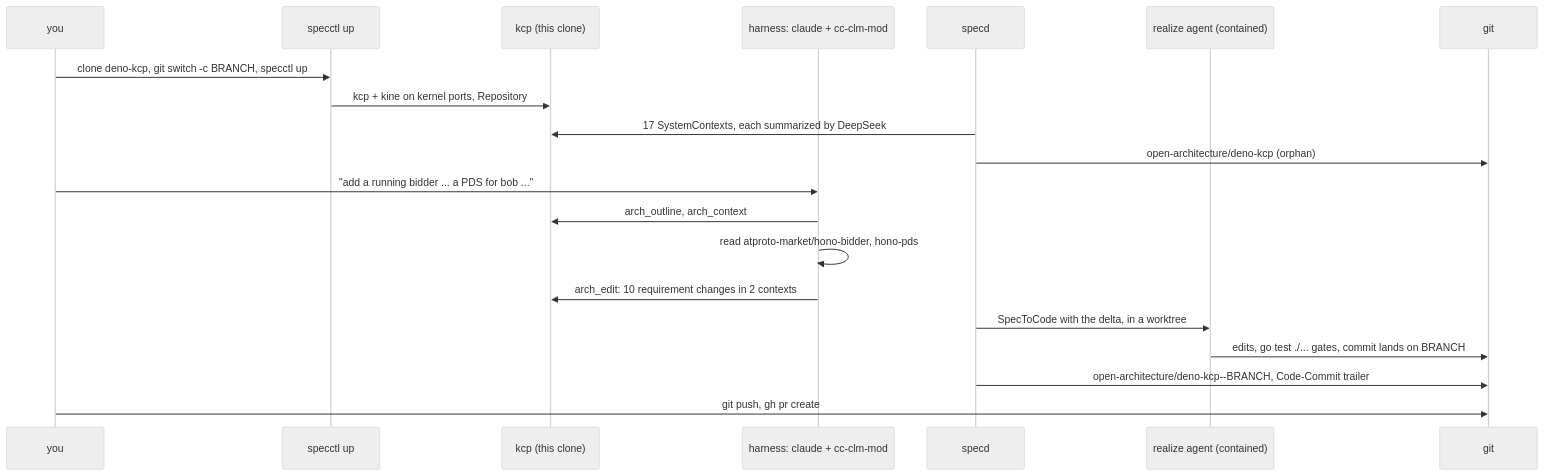
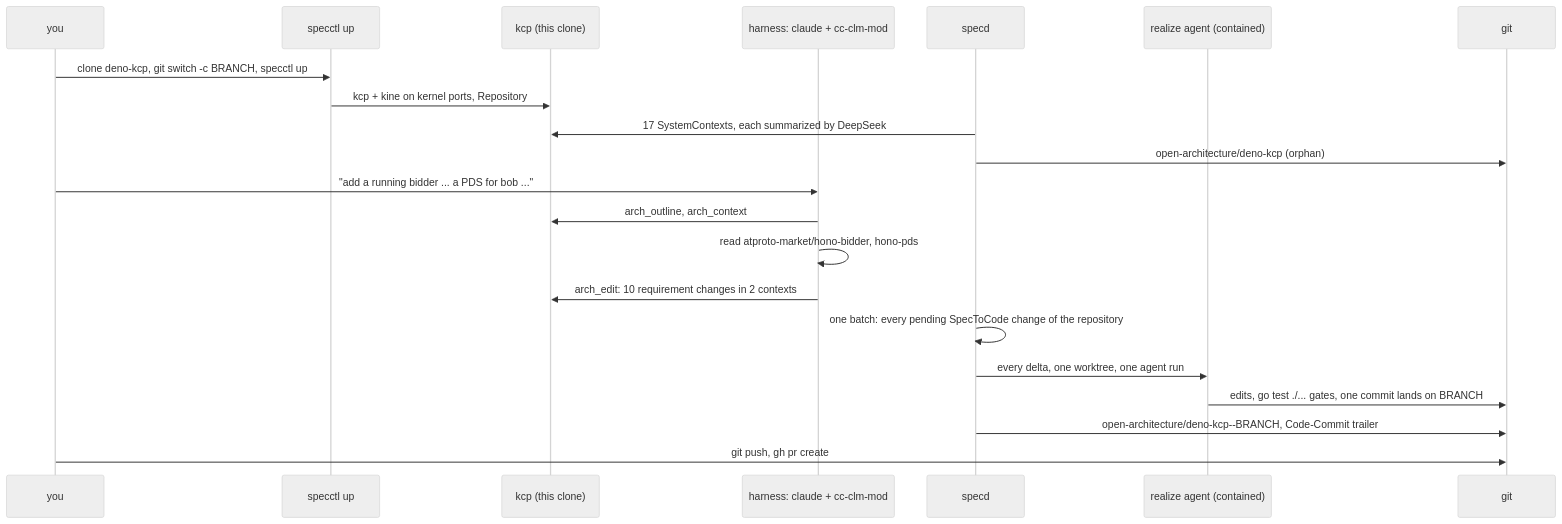
The diagram in docs/examples/deno-kcp-pr.md (publicdomainrelay/graph-clm-kcp-spec), drawn with Mermaid (neutral theme) before and after one commit. The commit also changed other lines of this file and 4 other files, not shown here.

````diff
--- a/docs/examples/deno-kcp-pr.md
+++ b/docs/examples/deno-kcp-pr.md
@@ -18,22 +18,23 @@
 ```mermaid
 sequenceDiagram
     participant U as you
     participant C as specctl up
     participant K as kcp (this clone)
     participant H as harness: claude + cc-clm-mod
     participant S as specd
     participant R as realize agent (contained)
     participant G as git
     U->>C: clone deno-kcp, git switch -c BRANCH, specctl up
     C->>K: kcp + kine on kernel ports, Repository
     S->>K: 17 SystemContexts, each summarized by DeepSeek
     S->>G: open-architecture/deno-kcp (orphan)
     U->>H: "add a running bidder ... a PDS for bob ..."
     H->>K: arch_outline, arch_context
     H->>H: read atproto-market/hono-bidder, hono-pds
     H->>K: arch_edit: 10 requirement changes in 2 contexts
-    S->>R: SpecToCode with the delta, in a worktree
-    R->>G: edits, go test ./... gates, commit lands on BRANCH
+    S->>S: one batch: every pending SpecToCode change of the repository
+    S->>R: every delta, one worktree, one agent run
+    R->>G: edits, go test ./... gates, one commit lands on BRANCH
     S->>G: open-architecture/deno-kcp--BRANCH, Code-Commit trailer
     U->>G: git push, gh pr create
 ```
````
